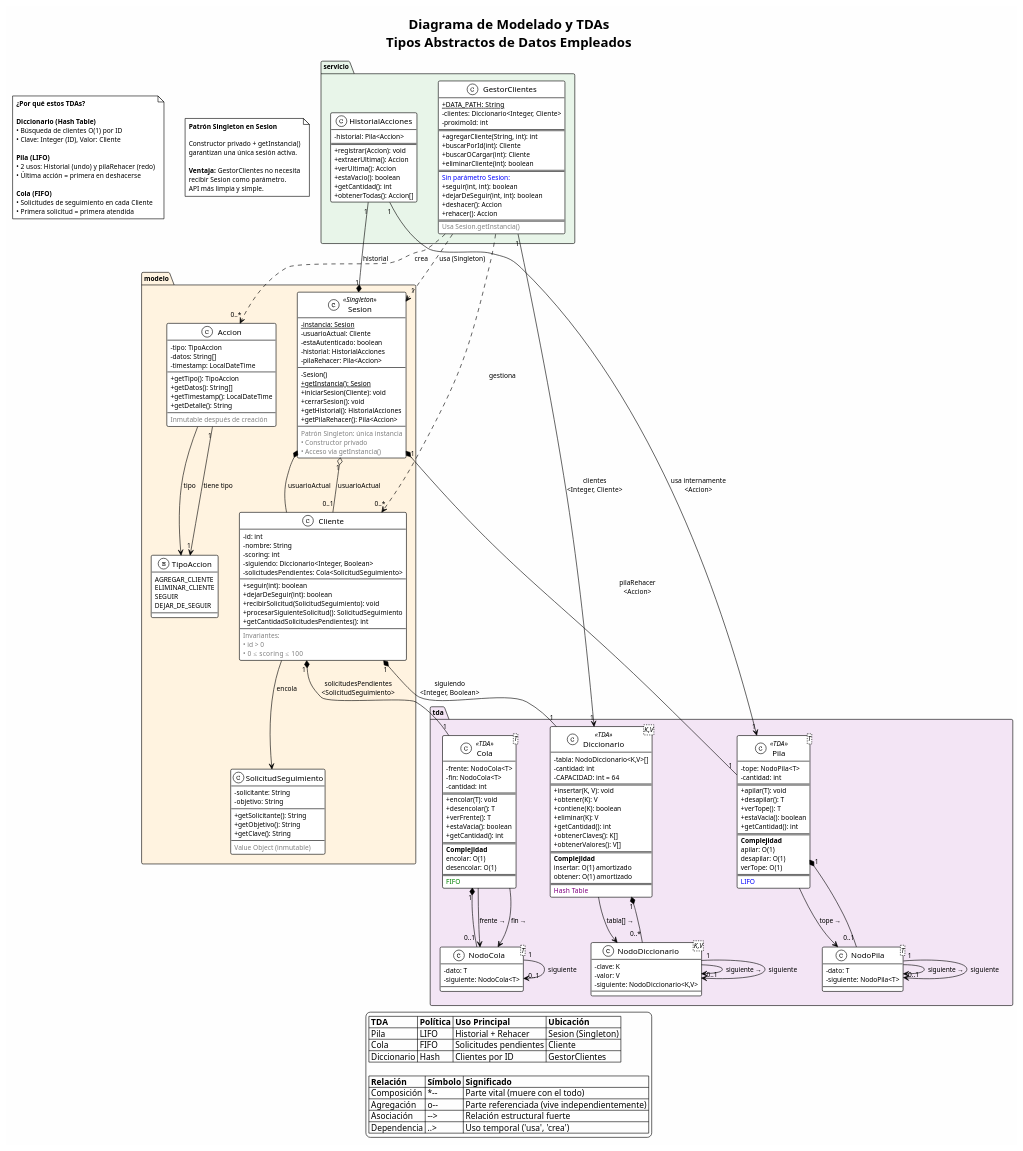
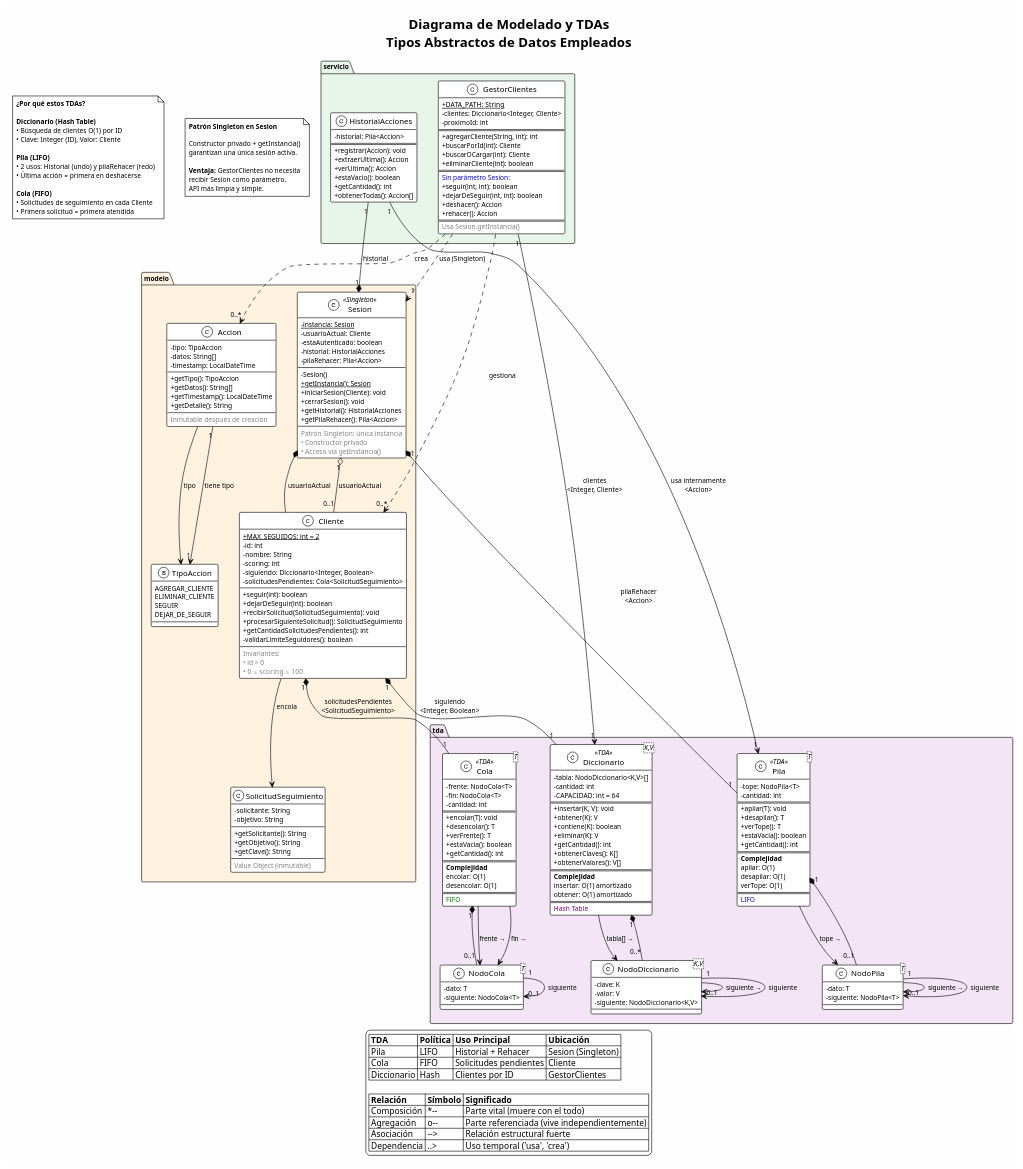
One commit to andreiveisuade/TPO-AyED-II---Red-Social-UADE---Grupo-12 changed the diagram in docs/diagramas/diagrama_tda_modelado.puml. Above: the diagram before and after it, drawn with PlantUML. The commit also changed 1 other file, not shown here.

Commit message:
docs: update PlantUML diagrams to match v1.0 code implementation

```diff
--- a/docs/diagramas/diagrama_tda_modelado.puml
+++ b/docs/diagramas/diagrama_tda_modelado.puml
@@ -33,6 +33,7 @@
     }
     
     class Cliente {
+        + {static} MAX_SEGUIDOS: int = 2
         - id: int
         - nombre: String
         - scoring: int
@@ -44,6 +45,7 @@
         + recibirSolicitud(SolicitudSeguimiento): void
         + procesarSiguienteSolicitud(): SolicitudSeguimiento
         + getCantidadSolicitudesPendientes(): int
+        - validarLimiteSeguidores(): boolean
         __
         <color:gray>Invariantes:</color>
         <color:gray>• id > 0</color>
```
